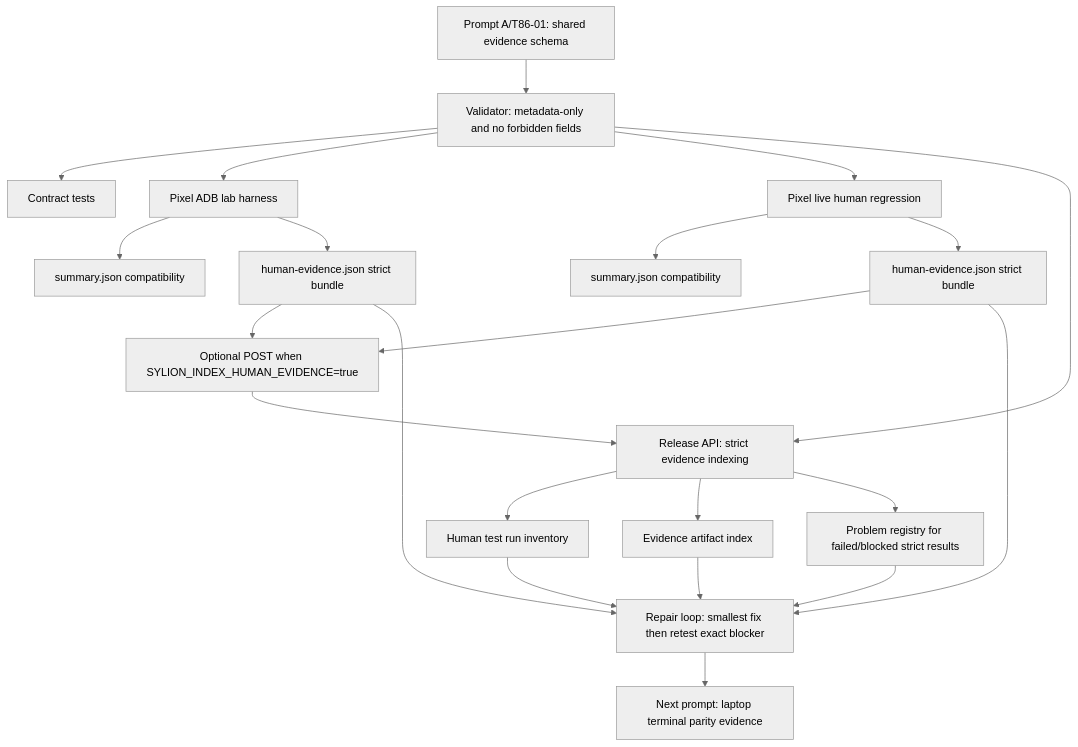
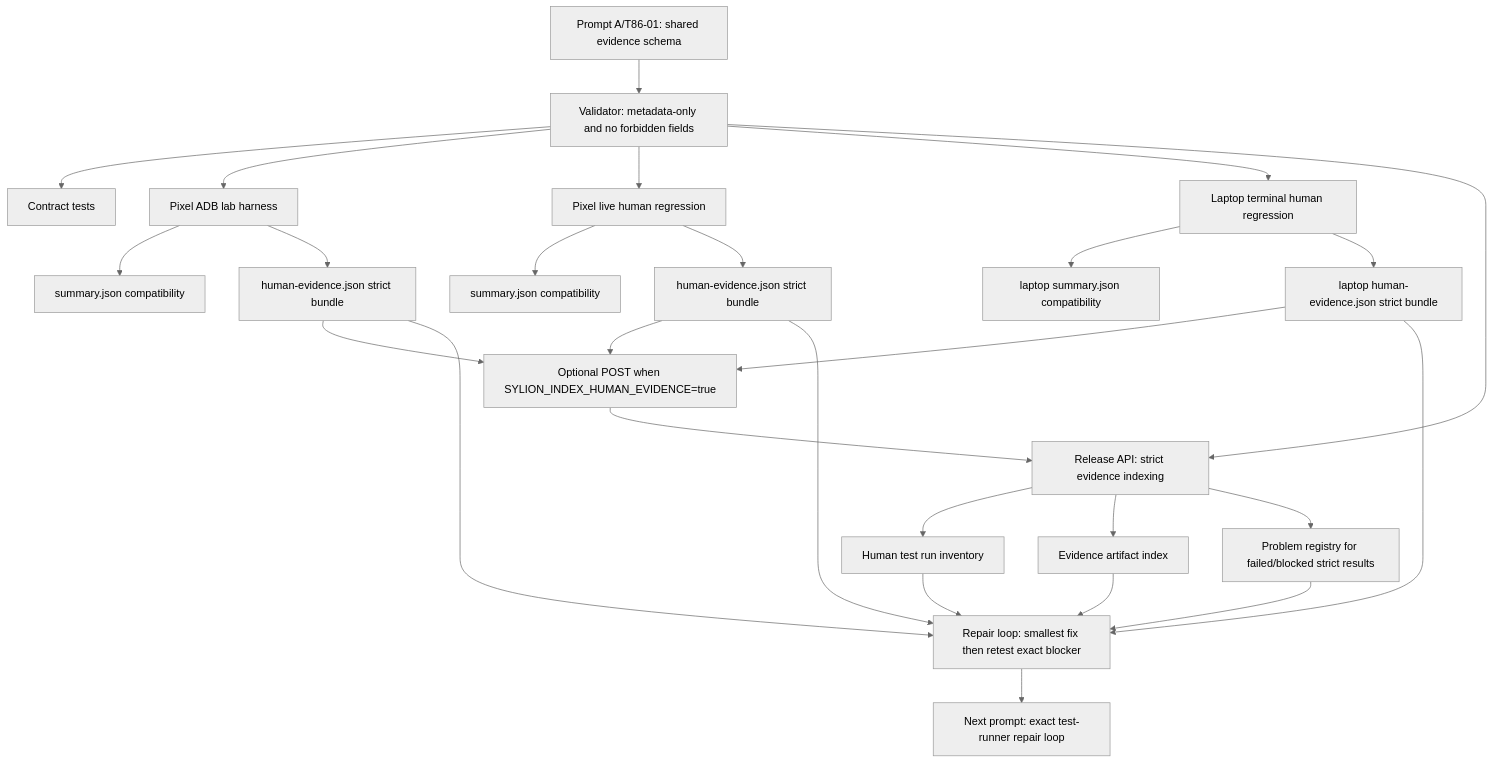
The diagram in docs/admin-panel-v2/120-step3-86-implementation-freeze-human-evidence-contract.md (officemexel-hash/sylion_secure), drawn with Mermaid (neutral theme) before and after one commit. The commit also changed other lines of this file and 2 other files, not shown here.

Commit message:
Add laptop terminal human regression

````diff
--- a/docs/admin-panel-v2/120-step3-86-implementation-freeze-human-evidence-contract.md
+++ b/docs/admin-panel-v2/120-step3-86-implementation-freeze-human-evidence-contract.md
@@ -72,24 +80,29 @@
 ```mermaid
 flowchart TD
   A["Prompt A/T86-01: shared evidence schema"] --> B["Validator: metadata-only and no forbidden fields"]
   B --> C["Contract tests"]
   B --> D["Pixel ADB lab harness"]
   B --> E["Pixel live human regression"]
+  B --> Q["Laptop terminal human regression"]
   B --> L["Release API: strict evidence indexing"]
   D --> F["summary.json compatibility"]
   D --> G["human-evidence.json strict bundle"]
   E --> H["summary.json compatibility"]
   E --> I["human-evidence.json strict bundle"]
+  Q --> R["laptop summary.json compatibility"]
+  Q --> S["laptop human-evidence.json strict bundle"]
   G --> P["Optional POST when SYLION_INDEX_HUMAN_EVIDENCE=true"]
   I --> P
+  S --> P
   P --> L
   L --> M["Human test run inventory"]
   L --> N["Evidence artifact index"]
   L --> O["Problem registry for failed/blocked strict results"]
   G --> J["Repair loop: smallest fix then retest exact blocker"]
   I --> J
+  S --> J
   M --> J
   N --> J
   O --> J
-  J --> K["Next prompt: laptop terminal parity evidence"]
+  J --> K["Next prompt: exact test-runner repair loop"]
 ```
````
